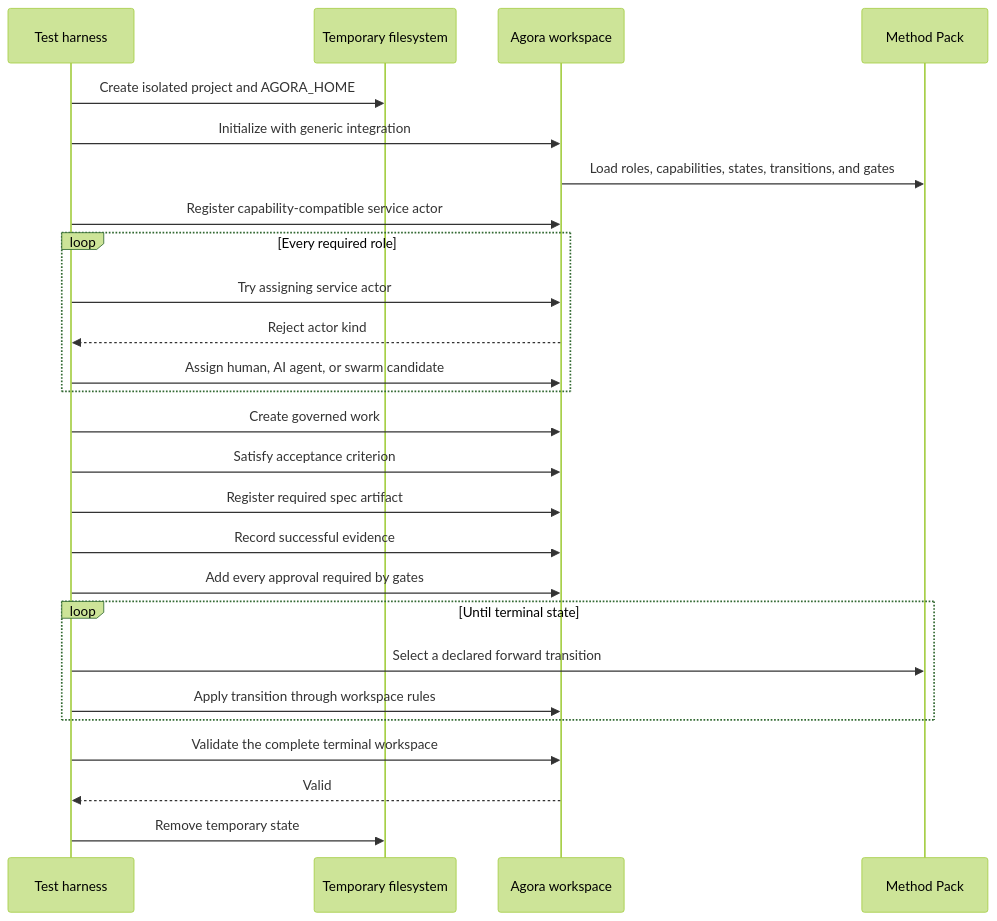
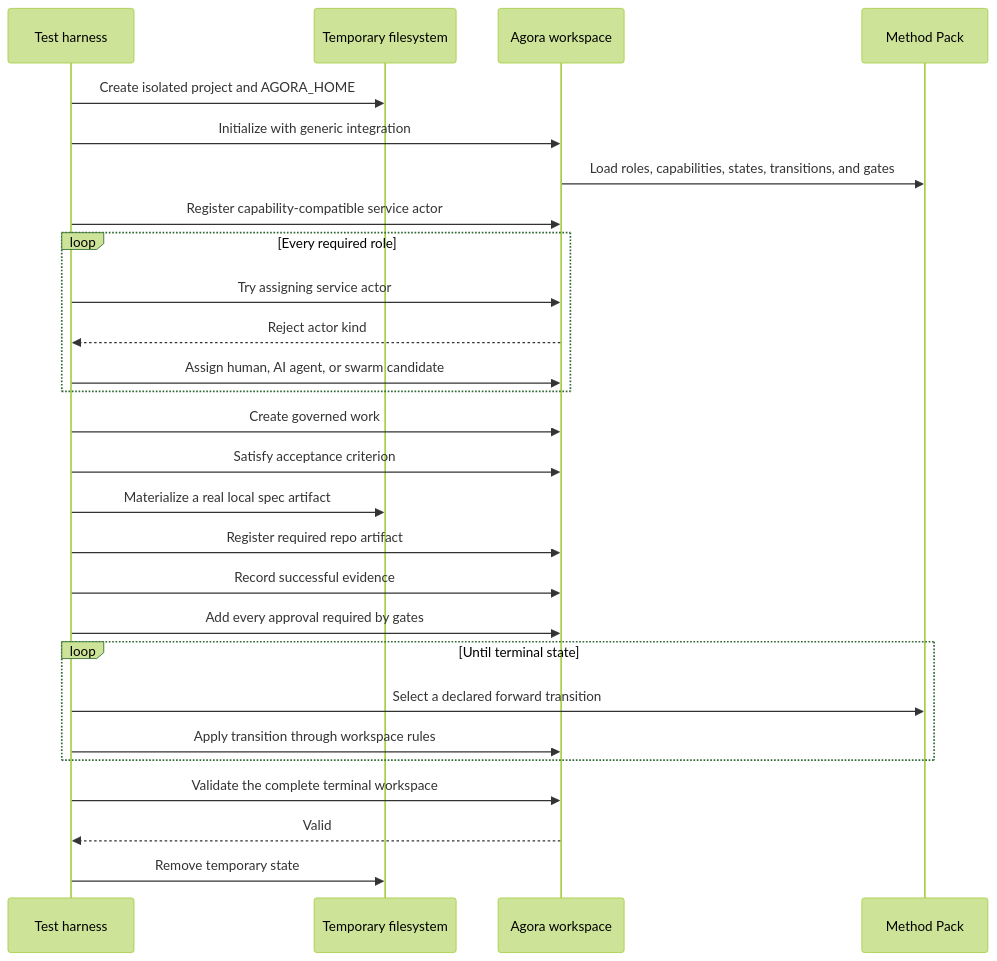
The third of 11 diagrams in docs/guides/self-test.md (Modern-Ash/agora), drawn with Mermaid (forest theme) before and after one commit. The commit also changed 24 other files, not shown here.

````diff
--- a/docs/guides/self-test.md
+++ b/docs/guides/self-test.md
@@ -92,29 +92,30 @@
 ```mermaid
 sequenceDiagram
     participant H as Test harness
     participant FS as Temporary filesystem
     participant A as Agora workspace
     participant M as Method Pack
 
     H->>FS: Create isolated project and AGORA_HOME
     H->>A: Initialize with generic integration
     A->>M: Load roles, capabilities, states, transitions, and gates
     H->>A: Register capability-compatible service actor
     loop Every required role
         H->>A: Try assigning service actor
         A-->>H: Reject actor kind
         H->>A: Assign human, AI agent, or swarm candidate
     end
     H->>A: Create governed work
     H->>A: Satisfy acceptance criterion
-    H->>A: Register required spec artifact
+    H->>FS: Materialize a real local spec artifact
+    H->>A: Register required repo artifact
     H->>A: Record successful evidence
     H->>A: Add every approval required by gates
     loop Until terminal state
         H->>M: Select a declared forward transition
         H->>A: Apply transition through workspace rules
     end
     H->>A: Validate the complete terminal workspace
     A-->>H: Valid
     H->>FS: Remove temporary state
 ```
````
